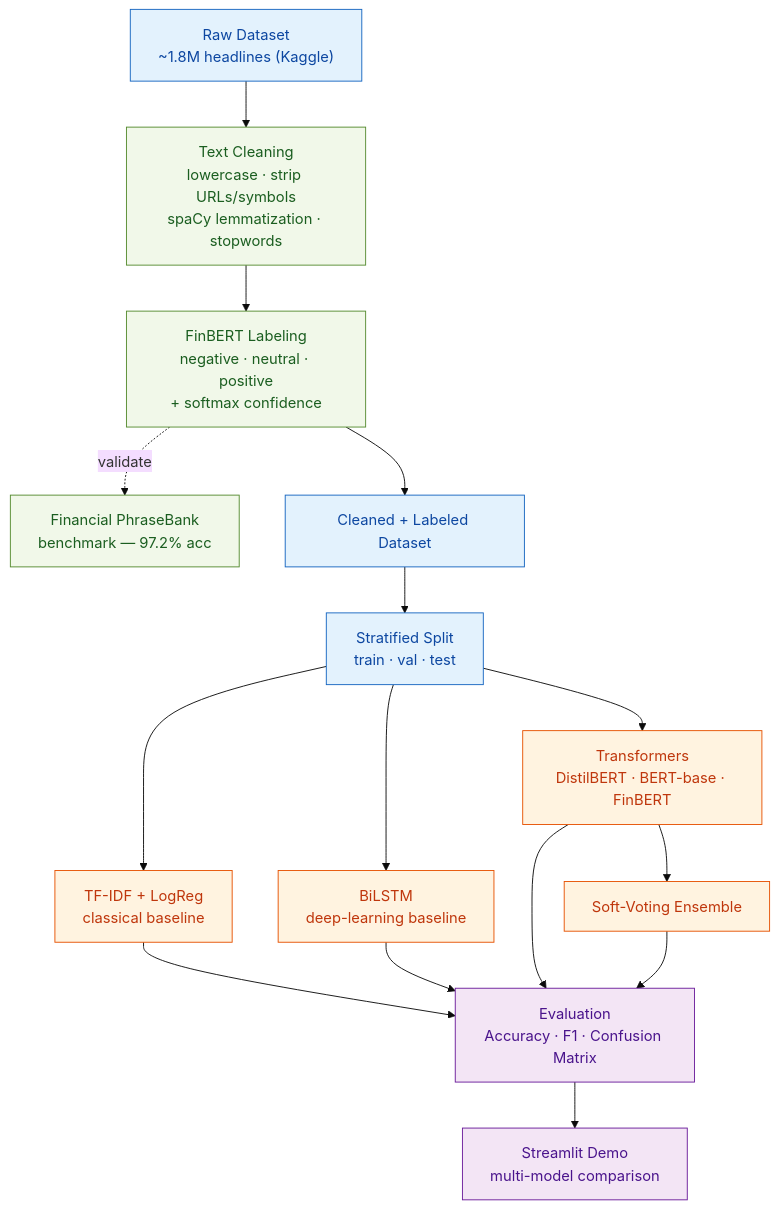
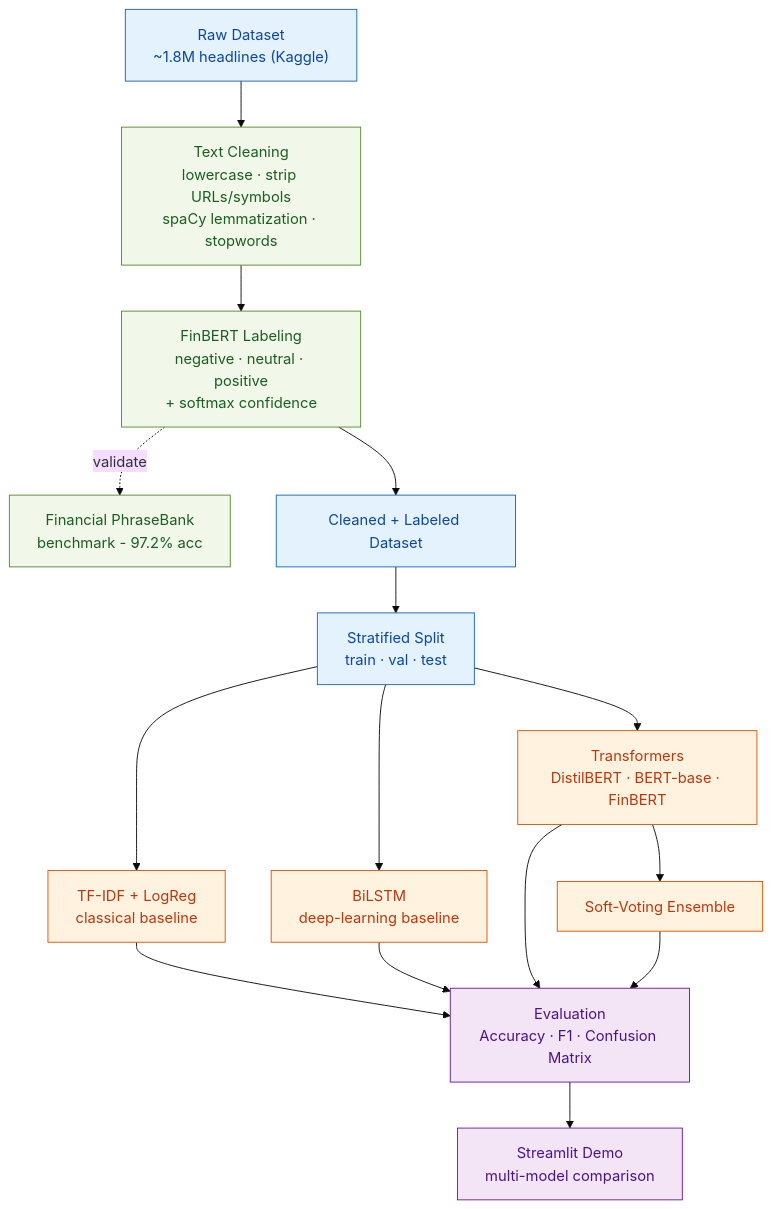
Before and after one commit to Abirham24/Financial-News-Sentiment-Analysis: the diagram in README.md, drawn with Mermaid (base theme). The commit also changed other lines of this file, not shown here.

````diff
--- a/README.md
+++ b/README.md
@@ -44,28 +44,28 @@
 ```mermaid
 flowchart TD
     A["Raw Dataset<br/>~1.8M headlines (Kaggle)"] --> B["Text Cleaning<br/>lowercase · strip URLs/symbols<br/>spaCy lemmatization · stopwords"]
     B --> C["FinBERT Labeling<br/>negative · neutral · positive<br/>+ softmax confidence"]
-    C -. validate .-> V["Financial PhraseBank<br/>benchmark — 97.2% acc"]
+    C -. validate .-> V["Financial PhraseBank<br/>benchmark - 97.2% acc"]
     C --> D["Cleaned + Labeled Dataset"]
     D --> E["Stratified Split<br/>train · val · test"]
 
     E --> M1["TF-IDF + LogReg<br/>classical baseline"]
     E --> M2["BiLSTM<br/>deep-learning baseline"]
     E --> M3["Transformers<br/>DistilBERT · BERT-base · FinBERT"]
     M3 --> M4["Soft-Voting Ensemble"]
 
     M1 --> EV["Evaluation<br/>Accuracy · F1 · Confusion Matrix"]
     M2 --> EV
     M3 --> EV
     M4 --> EV
     EV --> S["Streamlit Demo<br/>multi-model comparison"]
 
     classDef data fill:#e3f2fd,stroke:#1565c0,color:#0d47a1;
     classDef proc fill:#f1f8e9,stroke:#558b2f,color:#1b5e20;
     classDef model fill:#fff3e0,stroke:#e65100,color:#bf360c;
     classDef out fill:#f3e5f5,stroke:#6a1b9a,color:#4a148c;
     class A,D,E data;
     class B,C,V proc;
     class M1,M2,M3,M4 model;
     class EV,S out;
 ```
````
